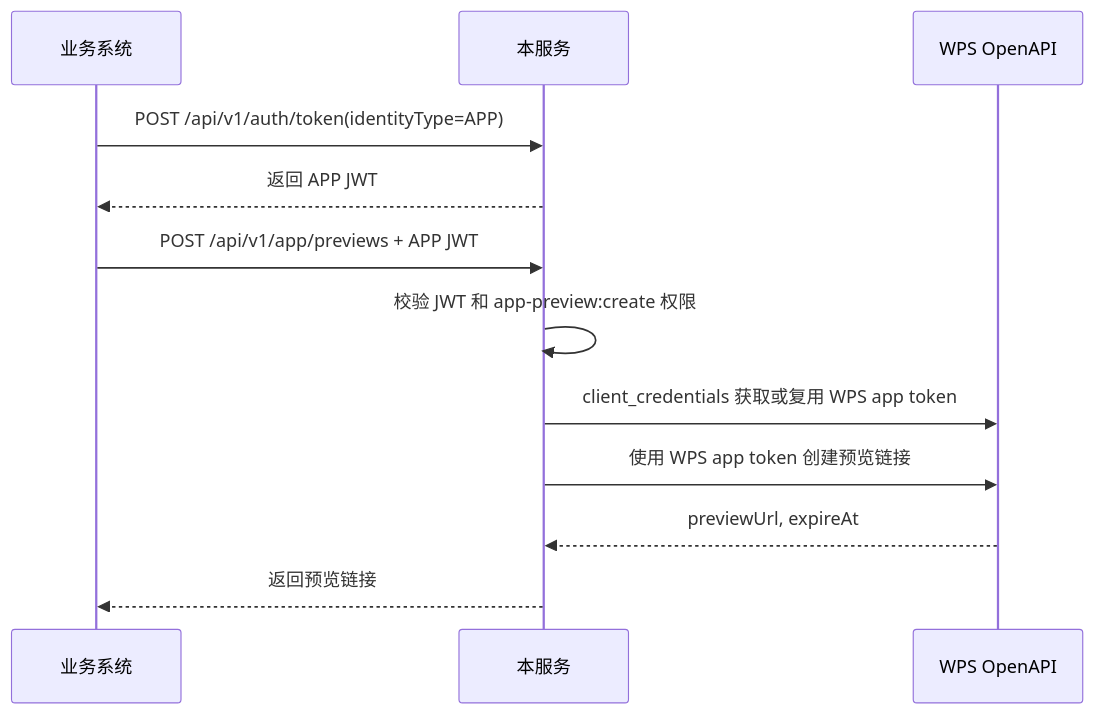
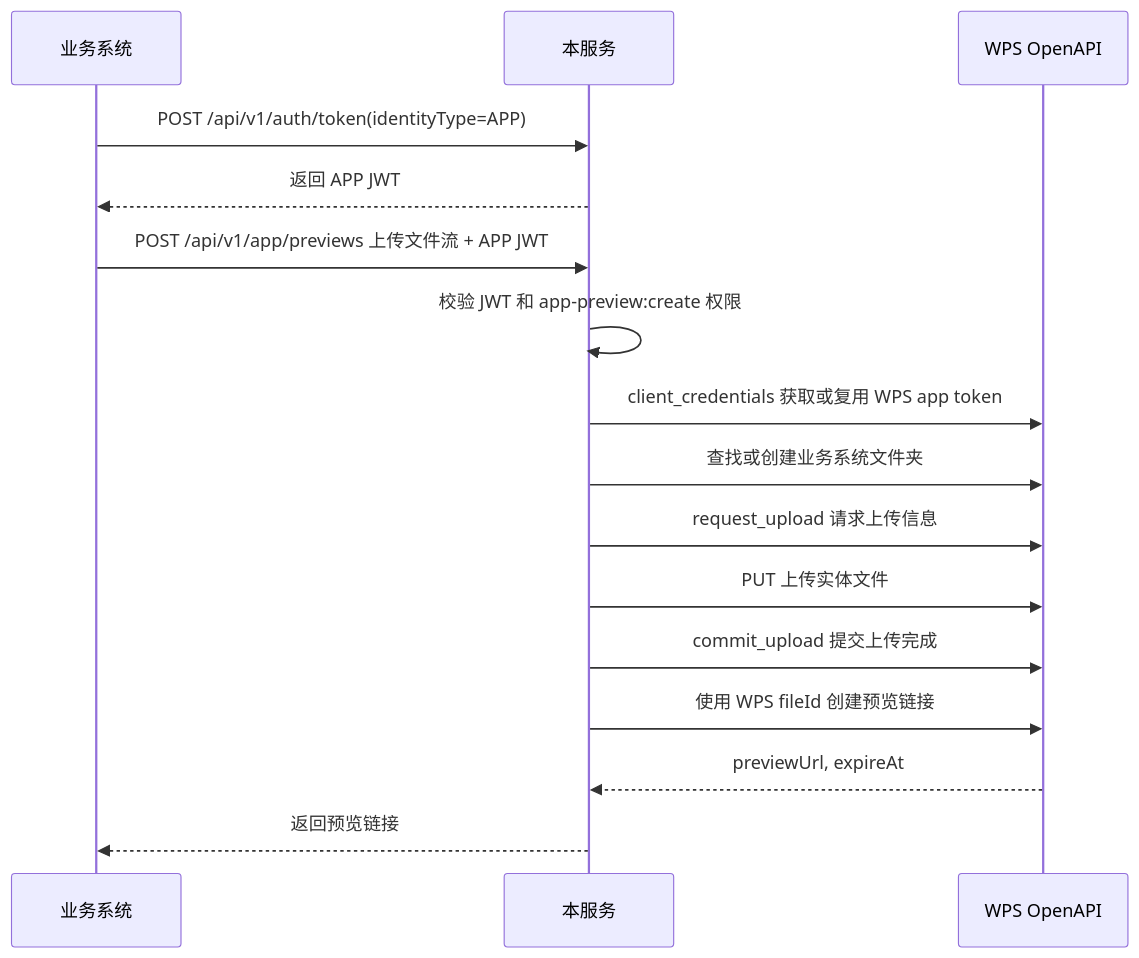
One commit to a1351995160/yungateway-minimal-token-wps changed the first of 3 diagrams in docs/requirements/2026-06-01-wps-app-user-authorization-system-requirements.zh-CN.md. Above: the diagram before and after it, drawn with Mermaid. The commit also changed other lines of this file and 151 other files, not shown here.

````diff
--- a/docs/requirements/2026-06-01-wps-app-user-authorization-system-requirements.zh-CN.md
+++ b/docs/requirements/2026-06-01-wps-app-user-authorization-system-requirements.zh-CN.md
@@ -49,15 +49,19 @@
 ```mermaid
 sequenceDiagram
     participant B as 业务系统
     participant G as 本服务
     participant W as WPS OpenAPI
 
     B->>G: POST /api/v1/auth/token(identityType=APP)
     G-->>B: 返回 APP JWT
-    B->>G: POST /api/v1/app/previews + APP JWT
+    B->>G: POST /api/v1/app/previews 上传文件流 + APP JWT
     G->>G: 校验 JWT 和 app-preview:create 权限
     G->>W: client_credentials 获取或复用 WPS app token
-    G->>W: 使用 WPS app token 创建预览链接
+    G->>W: 查找或创建业务系统文件夹
+    G->>W: request_upload 请求上传信息
+    G->>W: PUT 上传实体文件
+    G->>W: commit_upload 提交上传完成
+    G->>W: 使用 WPS fileId 创建预览链接
     W-->>G: previewUrl, expireAt
     G-->>B: 返回预览链接
 ```
````
